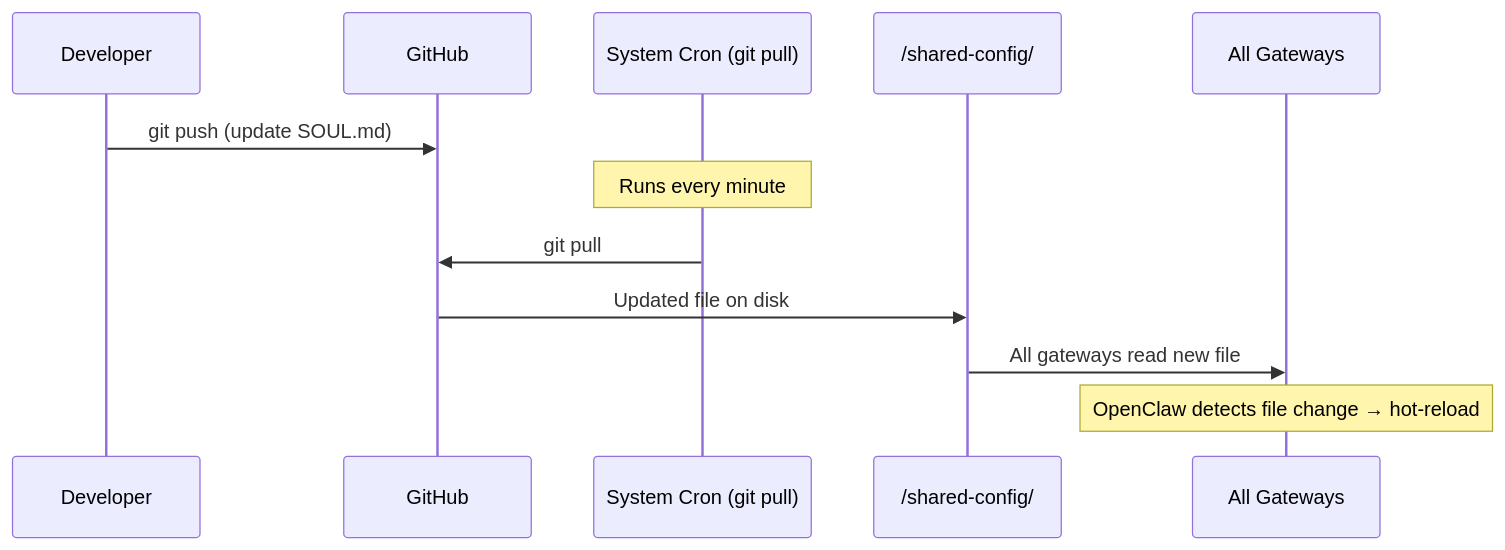
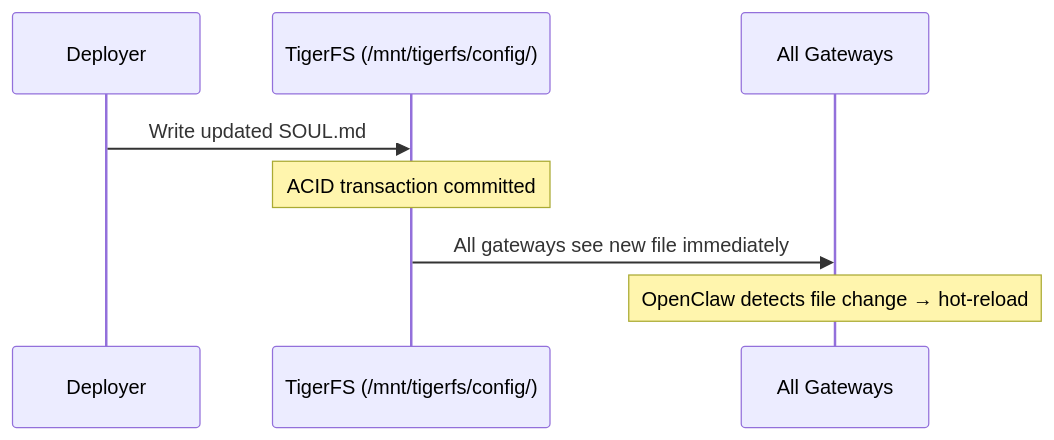
One commit to 1qh/claw changed the diagram in brainstorm/versioning.md. Above: the diagram before and after it, drawn with Mermaid. The commit also changed other lines of this file and 4 other files, not shown here.

Commit message:
Update backup, versioning, architecture to reflect TigerFS as storage foundation

````diff
--- a/brainstorm/versioning.md
+++ b/brainstorm/versioning.md
@@ -37,15 +19,11 @@
 ```mermaid
 sequenceDiagram
-    participant Dev as Developer
-    participant GH as GitHub
-    participant Cron as System Cron (git pull)
-    participant Dir as /shared-config/
+    participant Dev as Deployer
+    participant TFS as TigerFS (/mnt/tigerfs/config/)
     participant GW as All Gateways
 
-    Dev->>GH: git push (update SOUL.md)
-    Note over Cron: Runs every minute
-    Cron->>GH: git pull
-    GH->>Dir: Updated file on disk
-    Dir->>GW: All gateways read new file
+    Dev->>TFS: Write updated SOUL.md
+    Note over TFS: ACID transaction committed
+    TFS->>GW: All gateways see new file immediately
     Note over GW: OpenClaw detects file change → hot-reload
 ```
````
